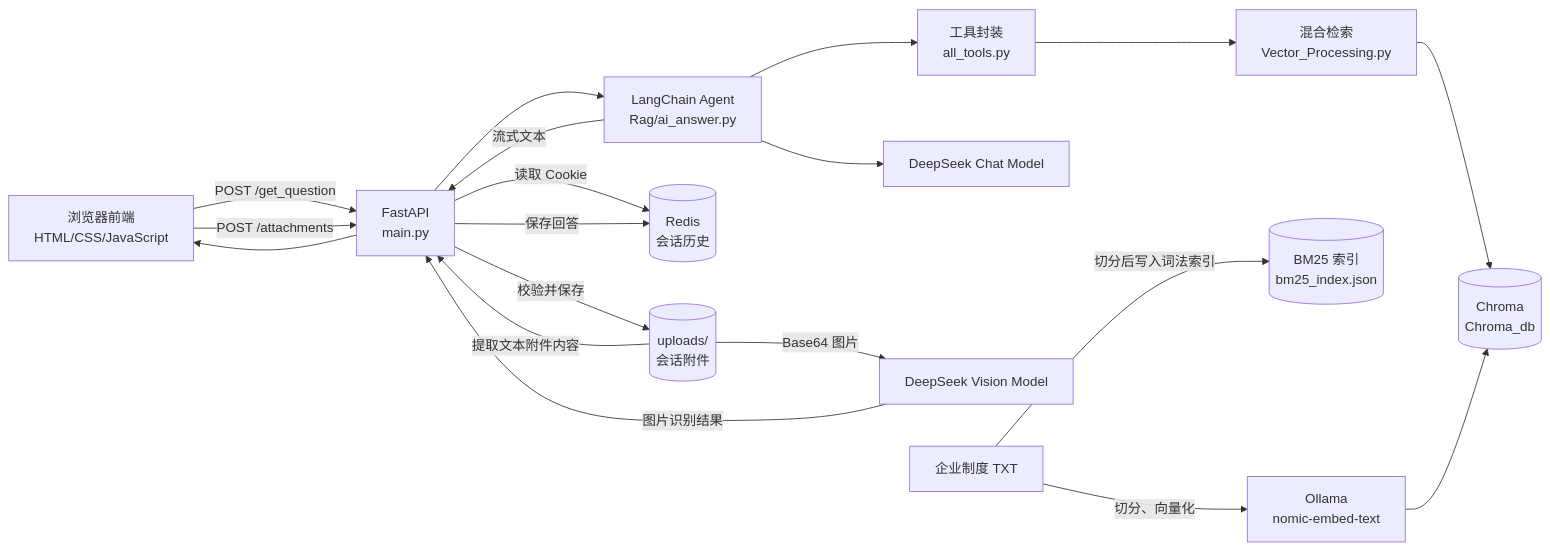
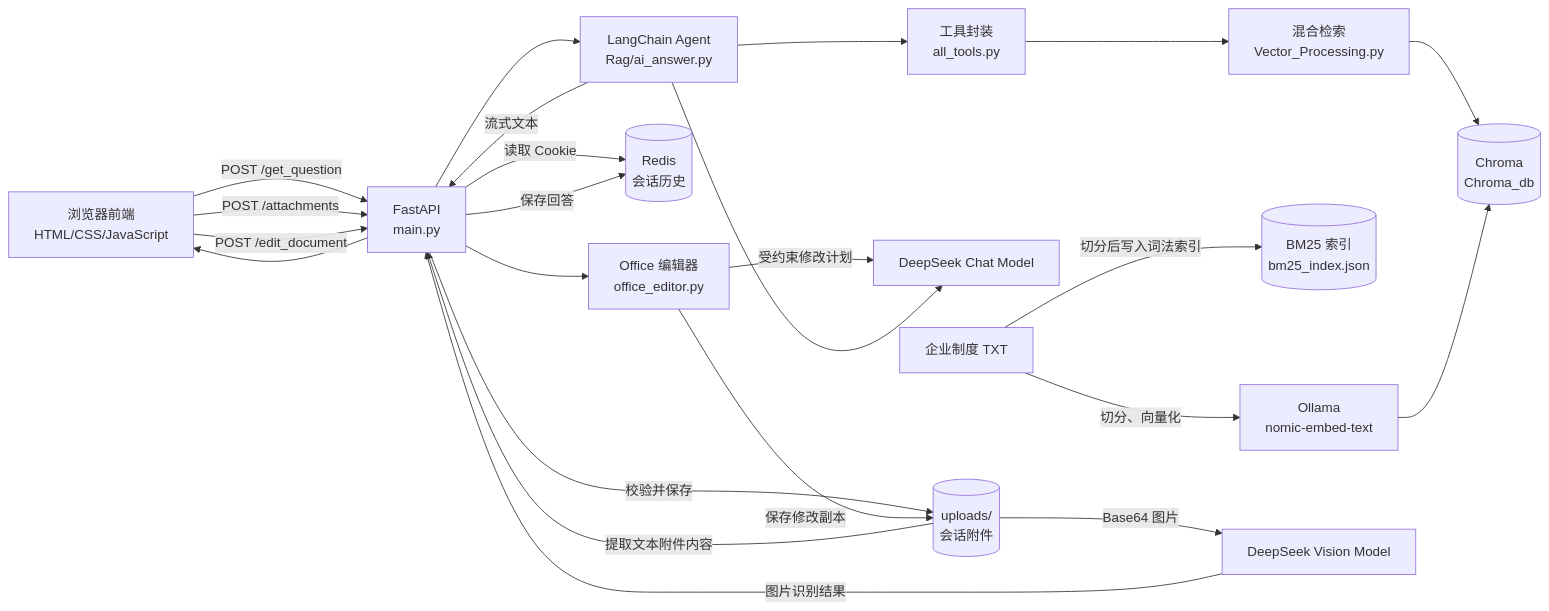
Before and after one commit to xingchen-zr/company_agent: the first of 5 diagrams in docs/architecture.md, drawn with Mermaid. The commit also changed other lines of this file and 21 other files, not shown here.

````diff
--- a/docs/architecture.md
+++ b/docs/architecture.md
@@ -24,35 +25,40 @@
 ```mermaid
 flowchart LR
     U[浏览器前端\nHTML/CSS/JavaScript]
     API[FastAPI\nmain.py]
     AGENT[LangChain Agent\nRag/ai_answer.py]
     TOOL[工具封装\nall_tools.py]
     RETRIEVAL[混合检索\nVector_Processing.py]
     CHROMA[(Chroma\nChroma_db)]
     BM25[(BM25 索引\nbm25_index.json)]
     EMBED[Ollama\nnomic-embed-text]
     LLM[DeepSeek Chat Model]
     VISION[DeepSeek Vision Model]
     REDIS[(Redis\n会话历史)]
     FILES[(uploads/\n会话附件)]
+    EDITOR[Office 编辑器\noffice_editor.py]
     DOC[企业制度 TXT]
 
     U -->|POST /get_question| API
     U -->|POST /attachments| API
     API -->|校验并保存| FILES
+    U -->|POST /edit_document| API
+    API --> EDITOR
+    EDITOR -->|受约束修改计划| LLM
+    EDITOR -->|保存修改副本| FILES
     FILES -->|提取文本附件内容| API
     FILES -->|Base64 图片| VISION
     VISION -->|图片识别结果| API
     API -->|读取 Cookie| REDIS
     API --> AGENT
     AGENT --> TOOL
     TOOL --> RETRIEVAL
     RETRIEVAL --> CHROMA
     AGENT --> LLM
     AGENT -->|流式文本| API
     API --> U
     API -->|保存回答| REDIS
     DOC -->|切分、向量化| EMBED
     EMBED --> CHROMA
     DOC -->|切分后写入词法索引| BM25
 ```
````
